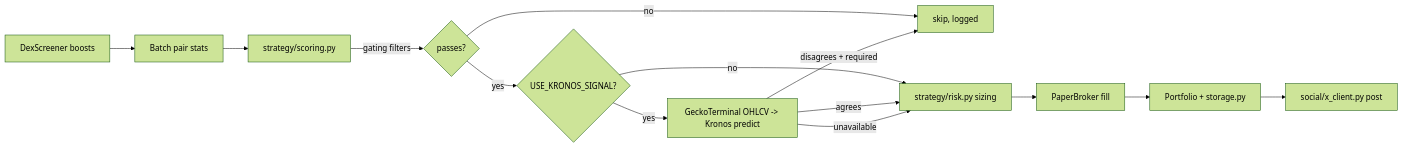
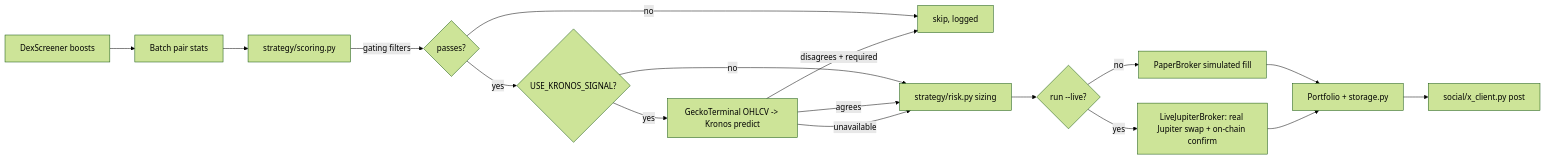
The diagram in memecoin_bot/README.md (ideacobra/Kronos), drawn with Mermaid (forest theme) before and after one commit. The commit also changed other lines of this file and 21 other files, not shown here.

First line of the commit message:
Add real live trading for memecoin_bot via Jupiter (opt-in, heavily gated)

````diff
--- a/memecoin_bot/README.md
+++ b/memecoin_bot/README.md
@@ -69,16 +97,19 @@
 ```mermaid
 flowchart LR
     A[DexScreener boosts] --> B[Batch pair stats]
     B --> C[strategy/scoring.py]
     C -->|gating filters| D{passes?}
     D -- no --> Z[skip, logged]
     D -- yes --> E{USE_KRONOS_SIGNAL?}
     E -- no --> F[strategy/risk.py sizing]
     E -- yes --> G[GeckoTerminal OHLCV -> Kronos predict]
     G -->|agrees| F
     G -->|disagrees + required| Z
     G -->|unavailable| F
-    F --> H[PaperBroker fill]
-    H --> I[Portfolio + storage.py]
+    F --> H{run --live?}
+    H -- no --> P[PaperBroker simulated fill]
+    H -- yes --> L[LiveJupiterBroker: real Jupiter swap + on-chain confirm]
+    P --> I[Portfolio + storage.py]
+    L --> I
     I --> J[social/x_client.py post]
 ```
````
